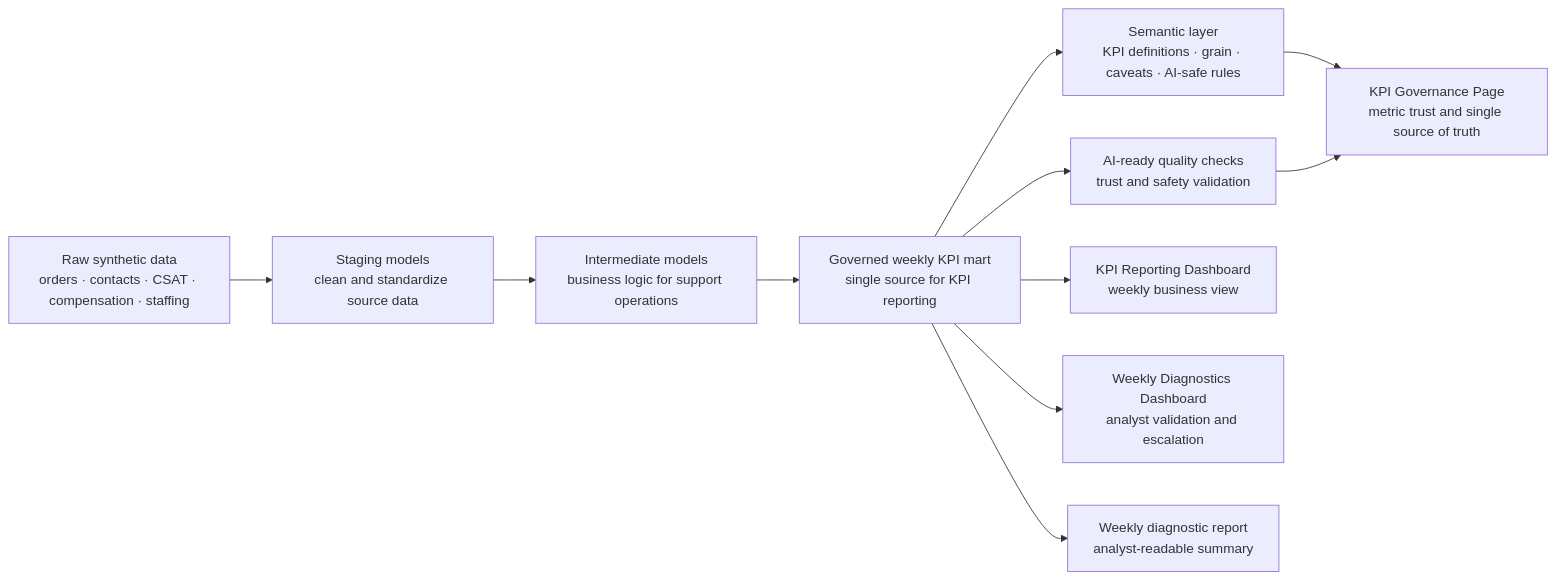
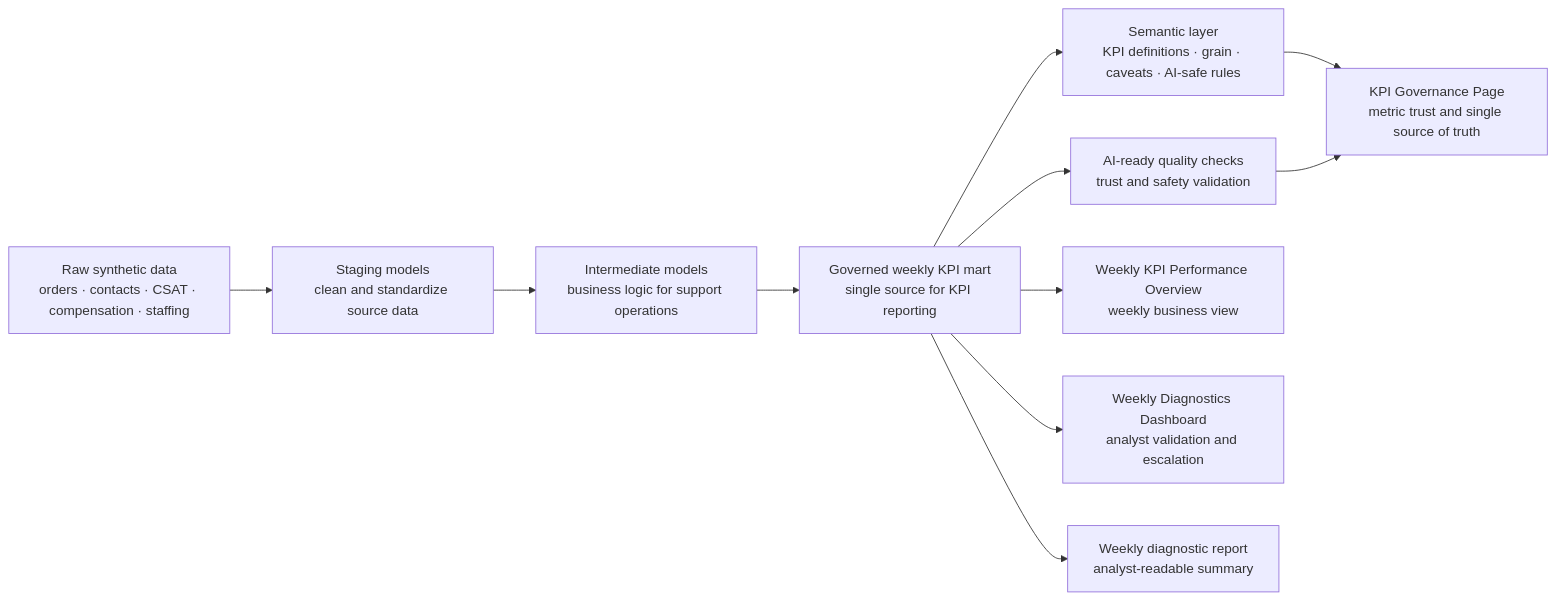
Before and after one commit to yusi0928/Projects: the diagram in 0. Mock AI Analytics Automation Project/README.md, drawn with Mermaid. The commit also changed other lines of this file and 4 other files, not shown here.

Commit message:
Rewrite portfolio README and publish KPI overview updates

````diff
--- a/0. Mock AI Analytics Automation Project/README.md
+++ b/0. Mock AI Analytics Automation Project/README.md
@@ -29,24 +25,24 @@
 ```mermaid
 flowchart LR
     A["Raw synthetic data<br/>orders · contacts · CSAT · compensation · staffing"]
     B["Staging models<br/>clean and standardize source data"]
     C["Intermediate models<br/>business logic for support operations"]
     D["Governed weekly KPI mart<br/>single source for KPI reporting"]
     E["Semantic layer<br/>KPI definitions · grain · caveats · AI-safe rules"]
     F["AI-ready quality checks<br/>trust and safety validation"]
-    G["KPI Reporting Dashboard<br/>weekly business view"]
+    G["Weekly KPI Performance Overview<br/>weekly business view"]
     H["Weekly Diagnostics Dashboard<br/>analyst validation and escalation"]
     I["KPI Governance Page<br/>metric trust and single source of truth"]
     J["Weekly diagnostic report<br/>analyst-readable summary"]
 
     A --> B
     B --> C
     C --> D
     D --> E
     D --> F
     D --> G
     D --> H
     D --> J
     E --> I
     F --> I
 ```
````
